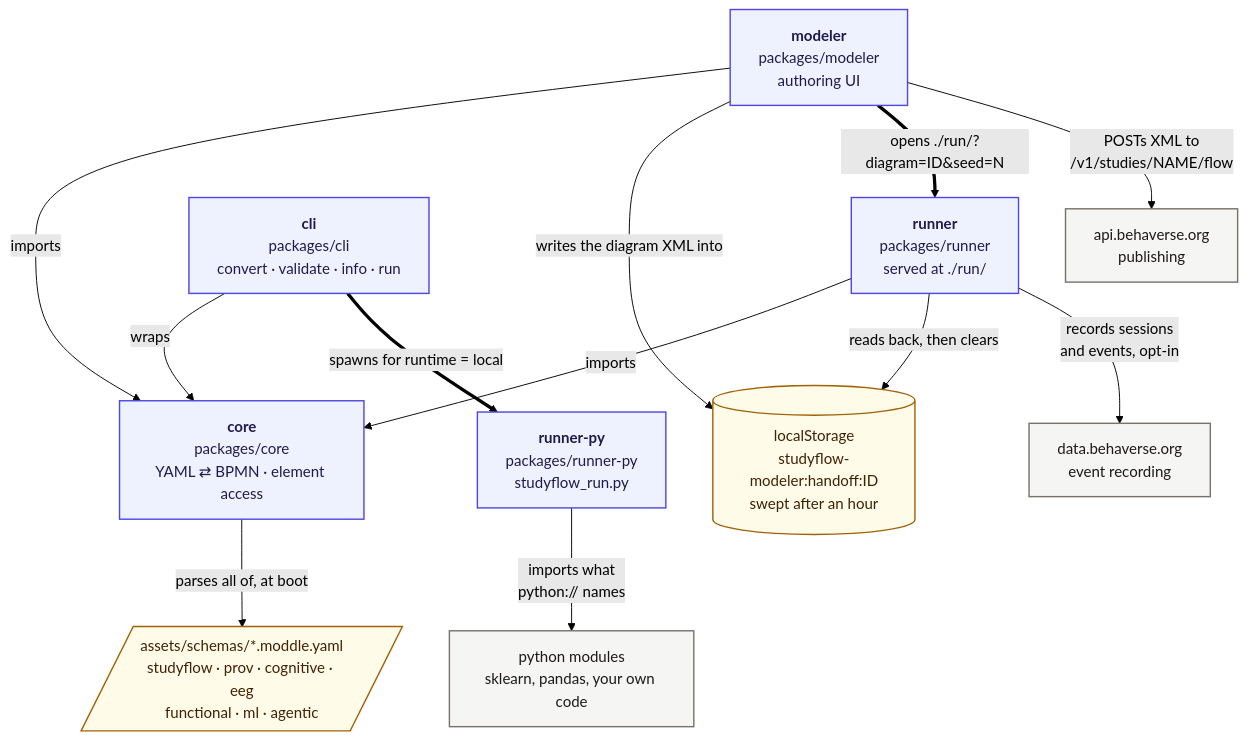
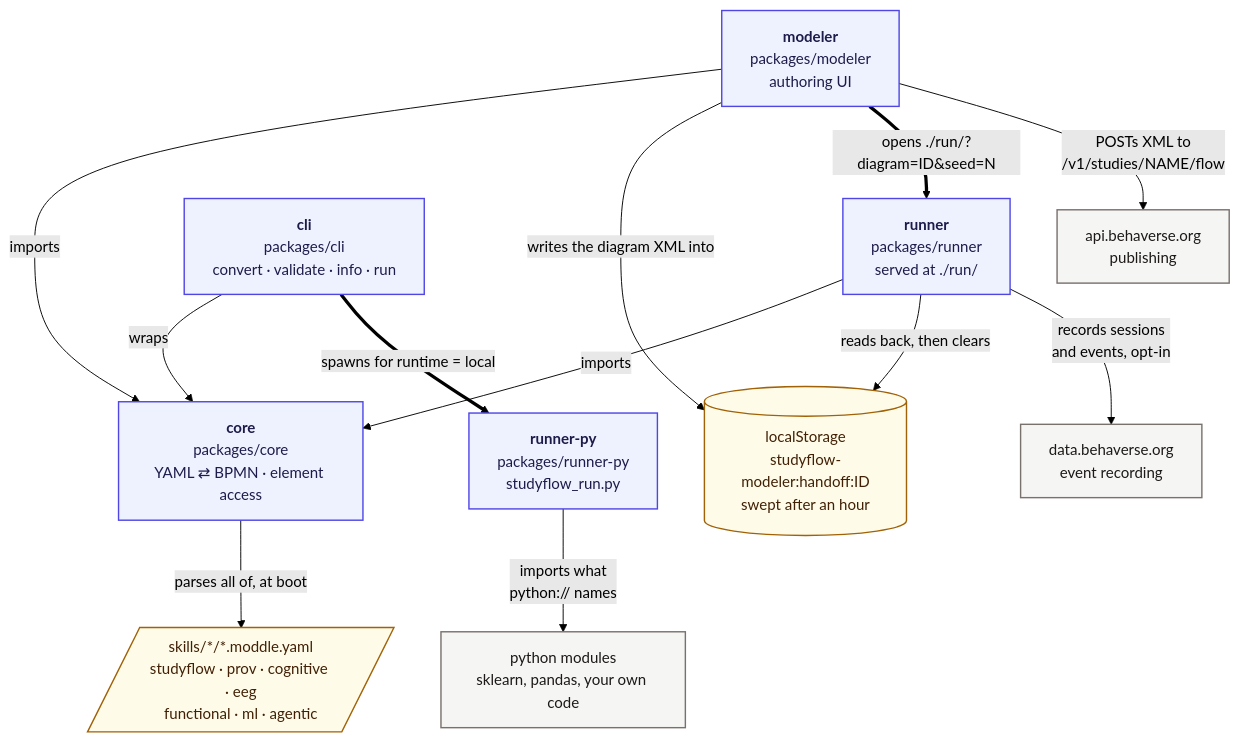
Before and after one commit to behaverse/studyflow-modeler: the diagram in docs/assets/img/diagrams/architecture.mmd, drawn with Mermaid (forest theme). The commit also changed 200 other files, not shown here.

```diff
--- a/docs/assets/img/diagrams/architecture.mmd
+++ b/docs/assets/img/diagrams/architecture.mmd
@@ -1,45 +1,45 @@
 %% Regenerate: npx -y @mermaid-js/mermaid-cli -i architecture.mmd -o architecture.svg -c mermaid.config.json -b transparent
 %% The config keeps labels as plain SVG text (no foreignObject), so the .svg survives being embedded as an image.
 flowchart TB
 
   MODELER["`**modeler**
   packages/modeler
   authoring UI`"]
   BROWSER["`**runner**
   packages/runner
   served at ./run/`"]
   HANDOFF[("localStorage<br/>studyflow-modeler:handoff:ID<br/>swept after an hour")]
   CORE["`**core**
   packages/core
   YAML ⇄ BPMN · element access`"]
-  SCHEMAS[/"assets/schemas/*.moddle.yaml<br/>studyflow · prov · cognitive · eeg<br/>functional · ml · agentic"/]
+  SCHEMAS[/"skills/*/*.moddle.yaml<br/>studyflow · prov · cognitive · eeg<br/>functional · ml · agentic"/]
   CLI["`**cli**
   packages/cli
   convert · validate · info · run`"]
   PY["`**runner-py**
   packages/runner-py
   studyflow_run.py`"]
   IMPL["python modules<br/>sklearn, pandas, your own code"]
   API["api.behaverse.org<br/>publishing"]
   DATA["data.behaverse.org<br/>event recording"]
 
   MODELER -->|"imports"| CORE
   BROWSER -->|"imports"| CORE
   CLI -->|"wraps"| CORE
   CORE -->|"parses all of, at boot"| SCHEMAS
 
   MODELER -->|"writes the diagram XML into"| HANDOFF
   MODELER ==>|"opens ./run/?diagram=ID&seed=N"| BROWSER
   BROWSER -->|"reads back, then clears"| HANDOFF
   MODELER -->|"POSTs XML to<br/>/v1/studies/NAME/flow"| API
   BROWSER -->|"records sessions<br/>and events, opt-in"| DATA
 
   CLI ==>|"spawns for runtime = local"| PY
   PY -->|"imports what<br/>python:// names"| IMPL
 
   classDef pkg fill:#eef2ff,stroke:#4f46e5,stroke-width:1.5px,color:#1e1b4b
   classDef ext fill:#f5f5f4,stroke:#78716c,stroke-width:1.5px,color:#1c1917
   classDef res fill:#fefce8,stroke:#a16207,stroke-width:1.5px,color:#422006
   class MODELER,BROWSER,CORE,CLI,PY pkg
   class API,DATA,IMPL ext
   class SCHEMAS,HANDOFF res
```
